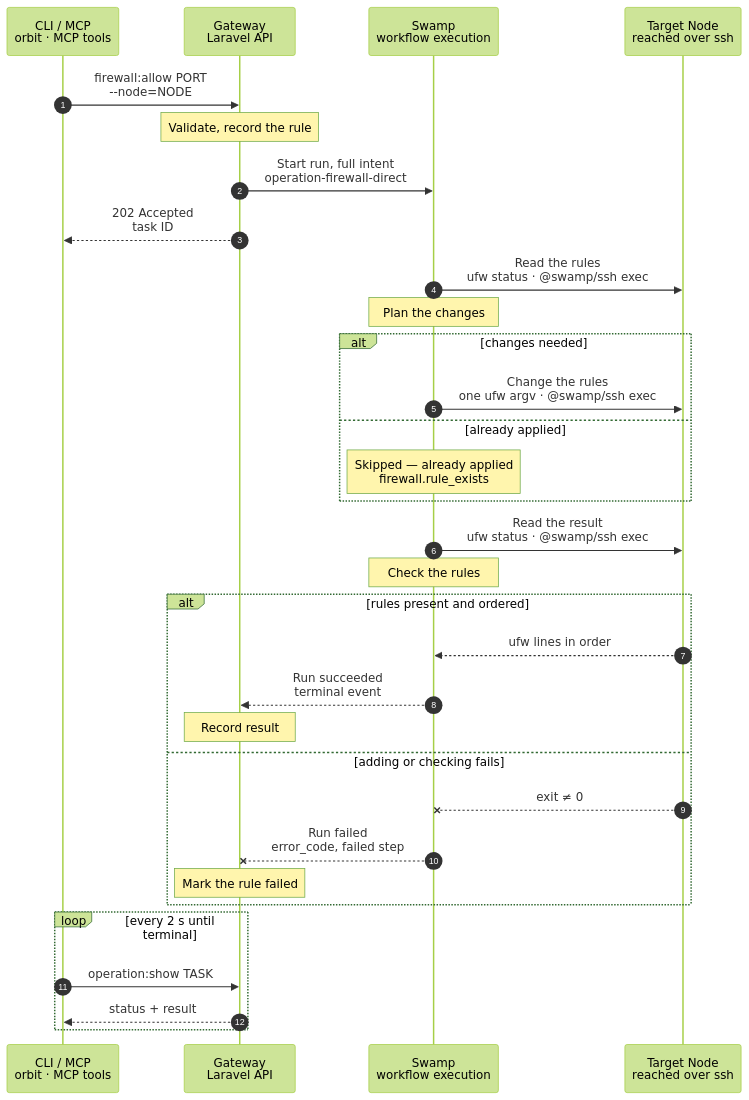
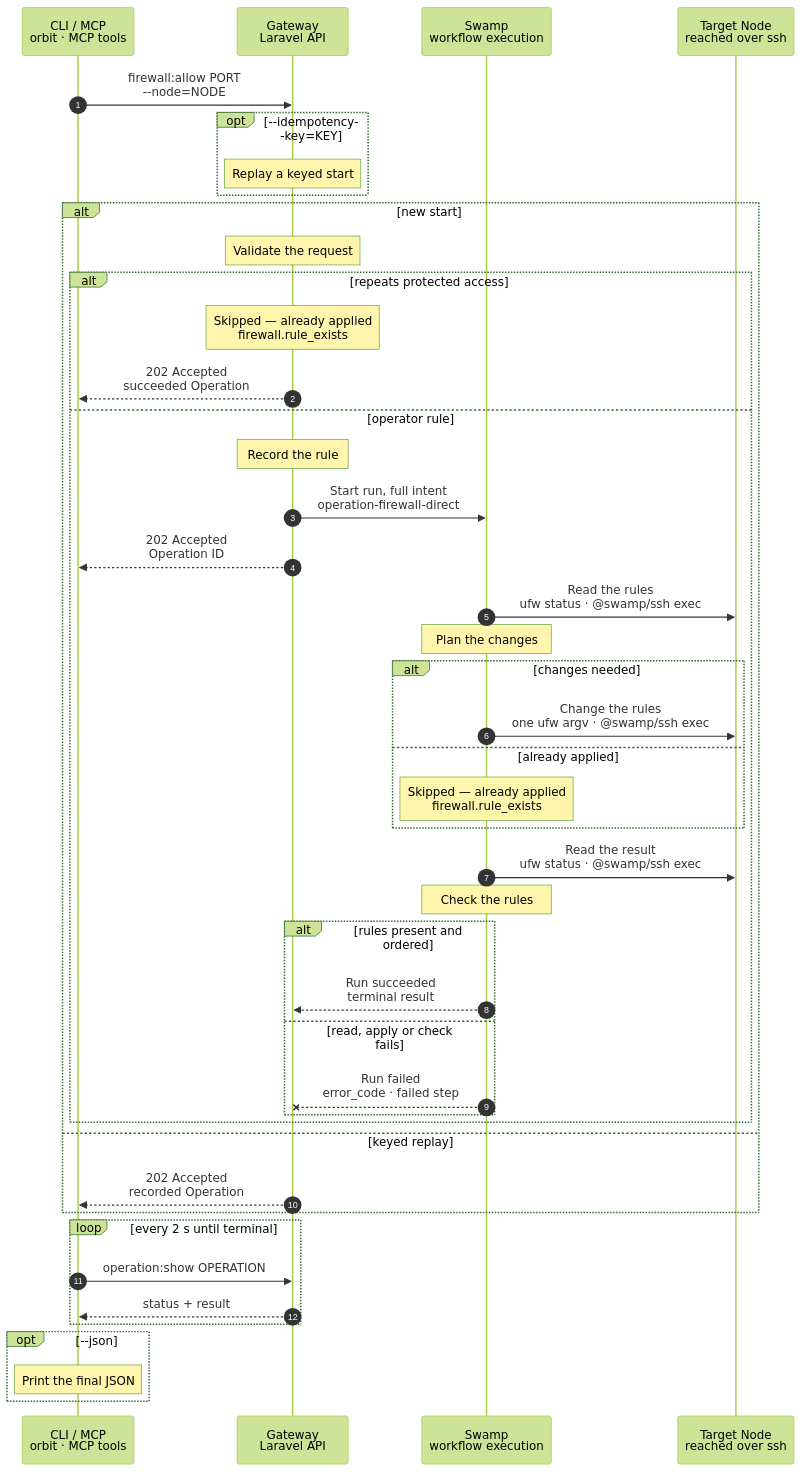
The diagram in docs/cli/firewall/allow.mmd (hardimpactdev/orbit), drawn with Mermaid (forest theme) before and after one commit. The commit also changed 2 other files, not shown here.

Commit message:
docs(firewall): spec for firewall:allow

```diff
--- a/docs/cli/firewall/allow.mmd
+++ b/docs/cli/firewall/allow.mmd
@@ -1,7 +1,6 @@
 sequenceDiagram
-  %% Target design: ADR 0244 task, ADR 0241 allowlists, DECISIONS R1-R4 + 5 (process.stop shape, shared SSH identity).
-  %% Tightened: flow-tighten 2026-11-03, rule 22 (no script: one ufw argv per change over @swamp/ssh exec; a typed step plans positions, Lab #4334).
-  %% status: reviewed
+  %% Target design: docs/cli/firewall/index.mdx; docs/reference/cli-ux.md; ADR 0244 and ADR 0245; Swamp shape; command development pipeline stage 1.
+  %% status: draft
   %% command: firewall:allow
   %% kind: firewall.allow
   autonumber
@@ -16,114 +15,140 @@
   CLI->>GW: firewall:allow PORT<br/>--node=NODE
   %%> Command:
   %%> - `orbit firewall:allow PORT --node=NODE`
-  %%> - syntax: `<port> --node=ID [--from=SOURCE] [--protocol=tcp|udp] [--label=TEXT]`
+  %%> - syntax: `<port> --node=ID [--from=SOURCE] [--protocol=tcp|udp] [--label=TEXT] [--idempotency-key=KEY] [--json]`
   %%> Input:
-  %%> - the destination port or port range
-  %%> - the Node, and optionally the source address and the protocol
-  %%> - optionally a label or short description
-  %%> Not accepted:
-  %%> - service names such as `postgres` as the port
-  %%> Who can call it:
-  %%> - the `orbit` CLI and the MCP tool send the same request
-  Note over GW: Validate, record the rule
-  %%> Requirements:
-  %%> - the calling Node has an access grant to the target Node
-  %%> - the target is an active Linux Node
-  %%> - the port and source are valid
-  %%> - no opposite rule for the same port, protocol and source; an allow and a deny for exactly the same scope is refused (`firewall.rule_conflict`)
-  %%> - no other firewall change runs on the target; the Gateway holds one lock per Node
-  %%> Allowed:
-  %%> - repeat an active or failed allow rule: reuse its record and check the Node in a new task
-  %%> - overlapping rules with a different scope, such as a broad deny with an allow for one source
-  %%> Result:
-  %%> - the new or reused rule is recorded with status provisioning
-  %%> - a task is recorded with the full intent
-  %%> - nothing has happened on the Node yet
-  GW->>SW: Start run, full intent<br/>operation-firewall-direct
-  %%> What it does:
-  %%> - starts one Swamp run
-  %%> Inputs:
-  %%> - the rule as exact ufw lines: port, protocol, source, direction
-  %%> - the target's address and SSH host keys; the SSH identity comes from the `swamp` role
-  GW-->>CLI: 202 Accepted<br/>task ID
-  %%> What you get:
-  %%> - the task ID, at once
-  %%> Next:
-  %%> - the CLI follows the task with `operation:show`
-  SW->>N: Read the rules<br/>ufw status · @swamp/ssh exec
-  %%> How:
-  %%> - a Swamp worker reaches the target over SSH with the official `@swamp/ssh` behavior
-  %%> - refuses an inactive firewall (`firewall.backend_inactive`) before any change
-  Note over SW: Plan the changes
-  %%> What it does:
-  %%> - turns ufw's numbered rows into the ufw commands this rule needs, in order
-  %%> - an insert position counts the rows as they will be after the earlier commands
-  %%> - plans no changes when every expected line already exists in the correct position
-  %%> Order:
-  %%> - narrower rules go above broader ones, allow or deny, so an exception such as one IP wins over a rule for anywhere
-  %%> - ufw stops at the first match, so Orbit sets this order on every change
-  %%> - all operator rules sit above Orbit's own broad rules, such as WireGuard peer trust, so a deny on a port also applies to WireGuard peers
-  %%> Why typed, not cfgmgmt:
-  %%> - `@swamp/cfgmgmt/firewall` cannot insert at a position (Lab #4334) or name a port range
-  alt changes needed
-    %% path: changes-needed
-    SW->>N: Change the rules<br/>one ufw argv · @swamp/ssh exec
+  %%> - one destination port from 1 through 65535, or an ordered inclusive range; service names are refused (`firewall.port_invalid`)
+  %%> - a positive numeric Node ID (`firewall.node_id_invalid`)
+  %%> - without optional flags: allow both TCP and UDP from any source, in both address families
+  %%> - a source address or CIDR affects its own address family only; `any` affects both
+  %%> - the CLI generates one idempotency key per logical start and reuses it for transport retries; an intentional new attempt gets a new key
+  %%> Prompts:
+  %%> - in a terminal, ask for an omitted port with the text prompt `Port`; ask again after an invalid answer
+  %%> - select an omitted Node with the data list `Node`: active Linux Nodes, columns `ID` and `Name`, numeric IDs as selectors, and `Press / to search`; never infer a target
+  %%> - show waiting feedback for a slow lookup; no eligible Nodes returns `firewall.node_id_invalid`
+  %%> - Ctrl-C or end of input exits 1 with `input.cancelled`, before admission
+  %%> - without a terminal, or with `--json`, missing input exits 1 with the corresponding input error and creates no Operation
+  opt --idempotency-key=KEY
+    %% path: idempotency-key
+    Note over GW: Replay a keyed start
     %%> What it does:
-    %%> - adds one ufw allow line per port, protocol and family, commented with its label
-    %%> - inserts each line at the position the plan names; an existing identical, well-placed line is left as it is
-    %%> - moves a line that sits in the wrong place: deletes it, then inserts it again
-    %%> - runs the planned commands one at a time; nothing is copied to the Node
-  else already applied
-    %% path: already-applied
-    Note over SW: Skipped — already applied<br/>firewall.rule_exists
+    %%> - an explicit key overrides the internally generated key
+    %%> - after access checks, the same key, target and input return the recorded Operation without another run, even if it failed
+    %%> - different input or target returns `operation.idempotency_conflict`; a malformed key returns `validation.failed`
+    %%> - replay follows the existing Operation below; it does not perform the admission and Node work again
+    %%> Retry:
+    %%> - an intentional repair is a new start, not a replay of a failed Operation
+  end
+  alt new start
+    %% path: new-start
+    Note over GW: Validate the request
+    %%> Requirements:
+    %%> - the calling Node has an access grant to the target Node (`node_access.required`); the target is an active Linux Node (`firewall.platform_unsupported` for another platform)
+    %%> - the source is an address, CIDR or `any` (`firewall.source_invalid`); a supplied protocol is `tcp` or `udp` (`firewall.protocol_invalid`)
+    %%> - a label has at most 255 characters (`validation.failed`)
+    %%> - no other firewall change runs on the target (`operation.target_busy`); one lock per Node
     %%> Result:
-    %%> - the plan contains no changes
-    %%> - the final read and check still run before the task can succeed
-  end
-  SW->>N: Read the result<br/>ufw status · @swamp/ssh exec
-  Note over SW: Check the rules
-  %%> What it does:
-  %%> - checks every expected line is present, in narrow-first order
-  %%> - prints the public result; a line that ufw changed in between fails the check, and a rerun repairs it
-  %%> Why:
-  %%> - the rule only counts as active when ufw shows it
-  alt rules present and ordered
-    %% path: succeeded
-    N-->>SW: ufw lines in order
-    %%> Returns:
-    %%> - the check passed for every line and its narrow-first order
-    SW-->>GW: Run succeeded<br/>terminal event
-    %%> How the Gateway learns it:
-    %%> - its shared run reader sees the terminal event; Swamp never calls the Gateway
-    Note over GW: Record result
+    %%> - a refusal creates no Operation or rule and changes nothing on the Node
+    alt repeats protected access
+      %% path: protected-port-skip
+      Note over GW: Skipped — already applied<br/>firewall.rule_exists
+      %%> What it does:
+      %%> - the requested ports lie inside one protected port or range Orbit already opens, and the source is one that entry already admits
+      %%> - protected access covers SSH 22, recovery SSH, WireGuard and role-owned ports; a range extending beyond the entry or a source it does not admit takes the normal allow path
+      %%> Result:
+      %%> - records a succeeded Operation with the skip reason, without an operator rule, Swamp run or Node contact
+      %%> - unlike a normal repeat, this uses recorded intent and does not read UFW
+      GW-->>CLI: 202 Accepted<br/>succeeded Operation
+    else operator rule
+      %% path: operator-rule
+      Note over GW: Record the rule
+      %%> Requirements:
+      %%> - no opposite action for the same port, protocol and normalized source (`firewall.rule_conflict`)
+      %%> - no both-protocol rule overlapping a single-protocol rule on the same port and source, in either direction (`firewall.rule_overlap`)
+      %%> Allowed:
+      %%> - different source scopes may overlap: a narrow allow overrides a broad deny, and a narrow deny overrides a broad allow
+      %%> - repeat an active or failed allow: reuse its identity record and check the Node in a new Operation
+      %%> - a label is not identity: a label-only repeat updates the recorded label but leaves correct UFW lines and comments untouched
+      %%> Result:
+      %%> - a refusal creates no Operation or rule and changes nothing on the Node
+      %%> - an admitted new start records the rule as provisioning and captures the full non-secret intent; no Node work has happened yet
+      GW->>SW: Start run, full intent<br/>operation-firewall-direct
+      %%> Inputs:
+      %%> - the exact rule tuple and comment, target address and pinned SSH host keys
+      %%> - the shared SSH identity comes from the worker's swamp role; no step calls the Gateway
+      GW-->>CLI: 202 Accepted<br/>Operation ID
+      %%> Result:
+      %%> - the CLI follows the Operation with `operation:show`
+      SW->>N: Read the rules<br/>ufw status · @swamp/ssh exec
+      %%> What it does:
+      %%> - reads numbered UFW rows over official SSH; needed to plan insert positions and detect drift on a repeat
+      %%> - inactive UFW fails with `firewall.backend_inactive` before mutation; never enables the firewall
+      Note over SW: Plan the changes
+      %%> What it does:
+      %%> - plans exact missing lines and moves misplaced lines; an identical, well-placed line is left untouched
+      %%> - narrower sources go first: one address, then CIDRs by prefix length, then anywhere; operator lines go above Orbit's broad managed rules
+      %%> - plans one allow per protocol and applicable address family; a port range stays a range
+      %%> - numbered positions account for earlier planned changes
+      %%> Why native:
+      %%> - official cfgmgmt firewall cannot insert at a position or express a range; each mutation is one UFW argv over official SSH, with no copied script
+      alt changes needed
+        %% path: changes-needed
+        SW->>N: Change the rules<br/>one ufw argv · @swamp/ssh exec
+        %%> What it does:
+        %%> - executes planned changes sequentially; a native guard skips entries requiring no work
+        %%> - moves a misplaced line by deleting and reinserting it; preserves unrelated rules
+      else already applied
+        %% path: already-applied
+        Note over SW: Skipped — already applied<br/>firewall.rule_exists
+        %%> Result:
+        %%> - no mutation; the final read and check must still pass before reporting a successful skip
+      end
+      SW->>N: Read the result<br/>ufw status · @swamp/ssh exec
+      %%> What it does:
+      %%> - collects the final rows for the one end-state check
+      Note over SW: Check the rules
+      %%> What it does:
+      %%> - a typed check compares every expected line and its narrow-first position; native assert requires the check to pass
+      %%> - the public result comes from the check, not a separate report step
+      %%> Failure:
+      %%> - a missing or misplaced line fails with `firewall.verify_failed`, including a change made between mutation and this read
+      alt rules present and ordered
+        %% path: succeeded
+        SW-->>GW: Run succeeded<br/>terminal result
+        %%> Result:
+        %%> - the Gateway's shared reader marks the rule active and the Operation succeeded
+        %%> - only a no-change plan reports `Skipped — already applied (firewall.rule_exists)` in human and JSON results
+      else read, apply or check fails
+        %% path: failed
+        SW--xGW: Run failed<br/>error_code · failed step
+        %%> Result:
+        %%> - the rule stays visible as failed; the Operation fails and the CLI exits 1
+        %%> - SSH, UFW mutation or another native step stopping before a public check result is `operation.native_failed`
+        %%> On the Node:
+        %%> - previously added lines remain, and a line deleted for reordering may be absent; there is no rollback
+        %%> Retry:
+        %%> - fix the cause and repeat the same command as a new start; reuse the record, keep correct lines and repair missing or misplaced ones without duplicates
+      end
+    end
+  else keyed replay
+    %% path: keyed-replay
+    GW-->>CLI: 202 Accepted<br/>recorded Operation
     %%> Result:
-    %%> - the rule becomes active
-    %%> - the task succeeds
-    %%> - if no changes were needed, reports `Skipped — already applied (firewall.rule_exists)`
-    %%> - the skip reason is part of the successful result in human and machine output, not an error
-  else adding or checking fails
-    %% path: failed
-    N--xSW: exit ≠ 0
-    %%> When:
-    %%> - ufw refuses the line, SSH fails, or a line is missing after the add
-    SW--xGW: Run failed<br/>error_code, failed step
-    %%> The Gateway reads:
-    %%> - which step failed and its error code
-    Note over GW: Mark the rule failed
-    %%> Result:
-    %%> - the rule is marked failed, so you can see it
-    %%> - the task fails
-    %%> On the Node:
-    %%> - lines added before the failure stay; there is no rollback
-    %%> - that is safe: the rule is marked failed, and a rerun skips lines that already exist
-    %%> Retry:
-    %%> - run the same command again after fixing the cause; it is a new task
+    %%> - access and the full key fingerprint matched; return the same Operation, without rule changes or another run
+    %%> - the CLI follows that Operation, including a previously recorded failure; this is not a repair or an already-applied skip
   end
   loop every 2 s until terminal
-    CLI->>GW: operation:show TASK
+    CLI->>GW: operation:show OPERATION
     %%> What it does:
-    %%> - asks for the task's status every 2 seconds until it has ended
+    %%> - reads recorded progress and the final result; does not start more Node work
     GW-->>CLI: status + result
-    %%> Returns:
-    %%> - the current status, and the result once the task has ended
+    %%> Result:
+    %%> - human output follows progress and shows the final outcome, Operation and request IDs; piped output has no animation or escape codes
   end
+  opt --json
+    %% path: json
+    Note over CLI: Print the final JSON
+    %%> Result:
+    %%> - one final Operation, or an error envelope for a refusal; no prompts, human progress or ANSI codes
+    %%> - successful skips keep their stable reason code; execution failures remain failed Operations, not admission errors
+  end
```
